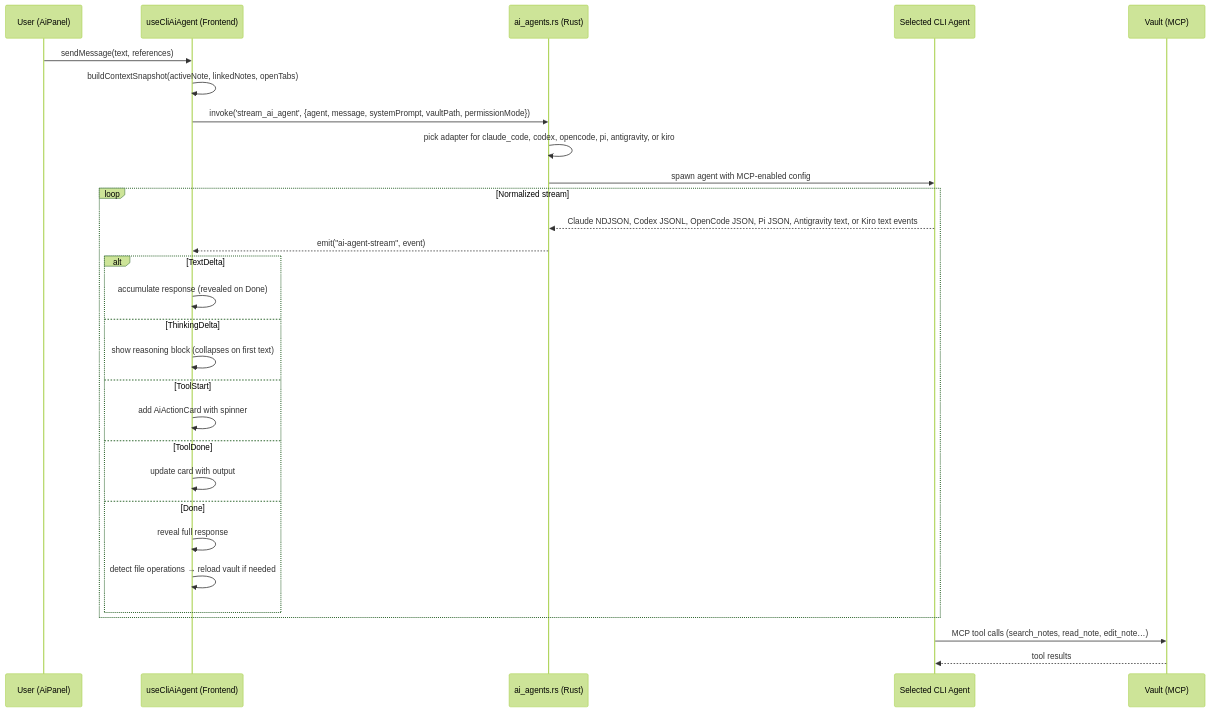
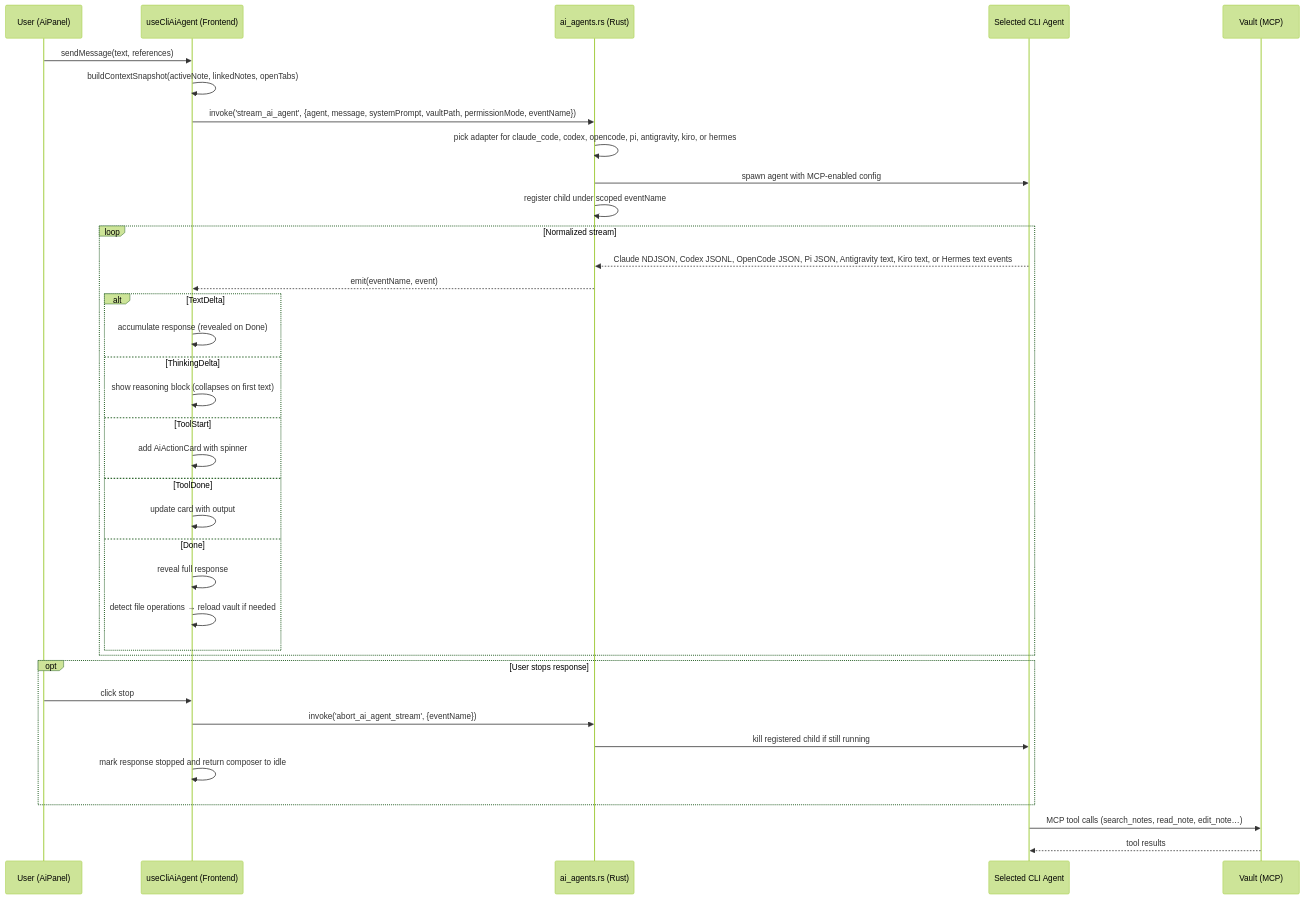
The third of 10 diagrams in docs/ARCHITECTURE.md (aimeritething/Fuwa), drawn with Mermaid (forest theme) before and after one commit. The commit also changed other lines of this file and 42 other files, not shown here.

Commit message:
feat: add ai agent stop control

````diff
--- a/docs/ARCHITECTURE.md
+++ b/docs/ARCHITECTURE.md
@@ -293,34 +295,42 @@
 ```mermaid
 sequenceDiagram
     participant U as User (AiPanel)
     participant FE as useCliAiAgent (Frontend)
     participant R as ai_agents.rs (Rust)
     participant C as Selected CLI Agent
     participant V as Vault (MCP)
 
     U->>FE: sendMessage(text, references)
     FE->>FE: buildContextSnapshot(activeNote, linkedNotes, openTabs)
-    FE->>R: invoke('stream_ai_agent', {agent, message, systemPrompt, vaultPath, permissionMode})
-    R->>R: pick adapter for claude_code, codex, opencode, pi, antigravity, or kiro
+    FE->>R: invoke('stream_ai_agent', {agent, message, systemPrompt, vaultPath, permissionMode, eventName})
+    R->>R: pick adapter for claude_code, codex, opencode, pi, antigravity, kiro, or hermes
     R->>C: spawn agent with MCP-enabled config
+    R->>R: register child under scoped eventName
 
     loop Normalized stream
-        C-->>R: Claude NDJSON, Codex JSONL, OpenCode JSON, Pi JSON, Antigravity text, or Kiro text events
-        R-->>FE: emit("ai-agent-stream", event)
+        C-->>R: Claude NDJSON, Codex JSONL, OpenCode JSON, Pi JSON, Antigravity text, Kiro text, or Hermes text events
+        R-->>FE: emit(eventName, event)
         alt TextDelta
             FE->>FE: accumulate response (revealed on Done)
         else ThinkingDelta
             FE->>FE: show reasoning block (collapses on first text)
         else ToolStart
             FE->>FE: add AiActionCard with spinner
         else ToolDone
             FE->>FE: update card with output
         else Done
             FE->>FE: reveal full response
             FE->>FE: detect file operations → reload vault if needed
         end
     end
 
+    opt User stops response
+        U->>FE: click stop
+        FE->>R: invoke('abort_ai_agent_stream', {eventName})
+        R->>C: kill registered child if still running
+        FE->>FE: mark response stopped and return composer to idle
+    end
+
     C->>V: MCP tool calls (search_notes, read_note, edit_note…)
     V-->>C: tool results
 ```
````
